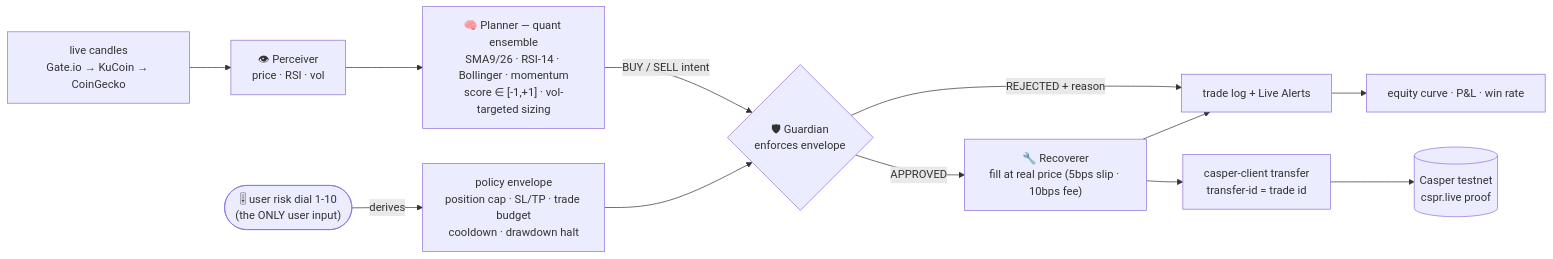
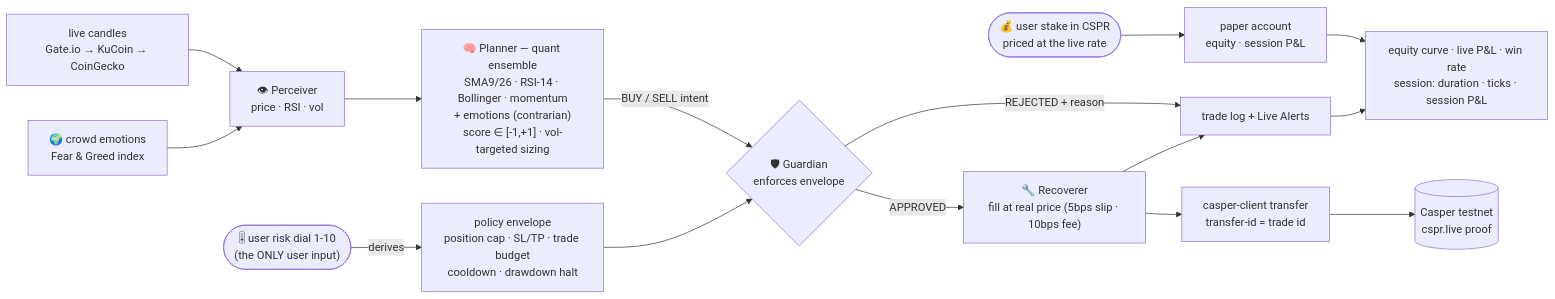
One commit to martian3062/eraya_microsoft changed the sixth of 11 diagrams in README.md. Above: the diagram before and after it, drawn with Mermaid. The commit also changed other lines of this file and 28 other files, not shown here.

````diff
--- a/README.md
+++ b/README.md
@@ -138,14 +140,17 @@
 ```mermaid
 flowchart LR
     DIAL(["🎚 user risk dial 1-10<br/>(the ONLY user input)"]) -->|derives| POL["policy envelope<br/>position cap · SL/TP · trade budget<br/>cooldown · drawdown halt"]
+    STAKE(["💰 user stake in CSPR<br/>priced at the live rate"]) --> ACC["paper account<br/>equity · session P&L"]
     F["live candles<br/>Gate.io → KuCoin → CoinGecko"] --> P["👁 Perceiver<br/>price · RSI · vol"]
-    P --> PL["🧠 Planner — quant ensemble<br/>SMA9/26 · RSI-14 · Bollinger · momentum<br/>score ∈ [-1,+1] · vol-targeted sizing"]
+    EMO["🌍 crowd emotions<br/>Fear &amp; Greed index"] --> P
+    P --> PL["🧠 Planner — quant ensemble<br/>SMA9/26 · RSI-14 · Bollinger · momentum<br/>+ emotions (contrarian)<br/>score ∈ [-1,+1] · vol-targeted sizing"]
     PL -->|"BUY / SELL intent"| G{"🛡 Guardian<br/>enforces envelope"}
     POL --> G
     G -->|REJECTED + reason| LOG["trade log + Live Alerts"]
     G -->|APPROVED| R["🔧 Recoverer<br/>fill at real price (5bps slip · 10bps fee)"]
     R --> SETTLE["casper-client transfer<br/>transfer-id = trade id"]
     SETTLE --> C[("Casper testnet<br/>cspr.live proof")]
     R --> LOG
-    LOG --> EQ["equity curve · P&L · win rate"]
+    ACC --> EQ
+    LOG --> EQ["equity curve · live P&L · win rate<br/>session: duration · ticks · session P&L"]
 ```
````
